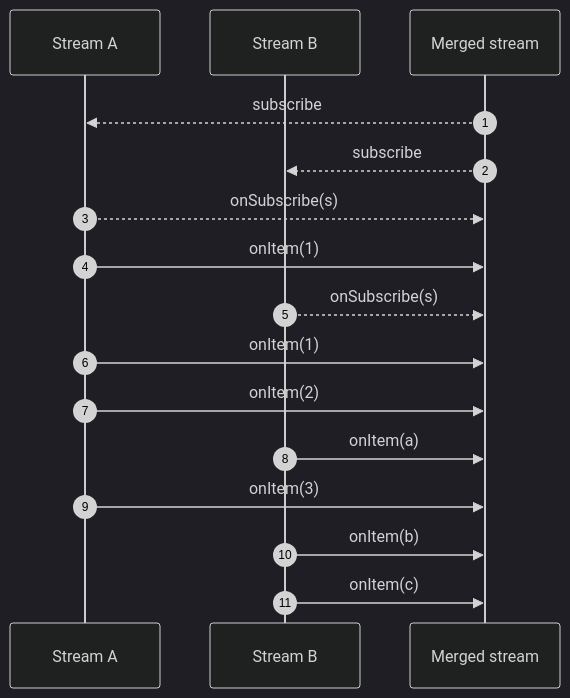
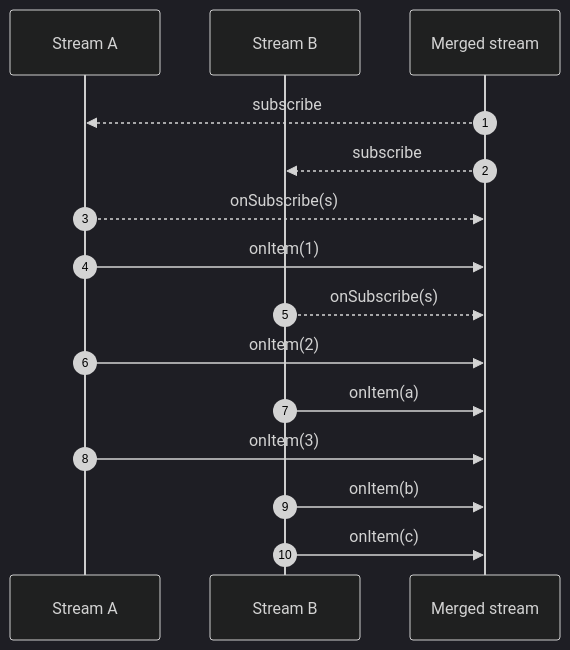
Before and after one commit to smallrye/smallrye-mutiny: the first of 2 diagrams in documentation/docs/guides/merging-and-concatenating-streams.md, drawn with Mermaid (dark theme).

Commit message:
Remove extra `onItem(1)` in documentation
Close #1137

````diff
--- a/documentation/docs/guides/merging-and-concatenating-streams.md
+++ b/documentation/docs/guides/merging-and-concatenating-streams.md
@@ -21,22 +21,21 @@
 ```mermaid
 sequenceDiagram
     autonumber
     participant A as Stream A
     participant B as Stream B
     participant M as Merged stream
     
     M-->>A: subscribe
     M-->>B: subscribe    
     A-->>M: onSubscribe(s)
     
     A->>M: onItem(1)
     
     B-->>M: onSubscribe(s)
 
-    A->>M: onItem(1)
     A->>M: onItem(2)
     B->>M: onItem(a)    
     A->>M: onItem(3)
     B->>M: onItem(b)
     B->>M: onItem(c)
 ```
````
